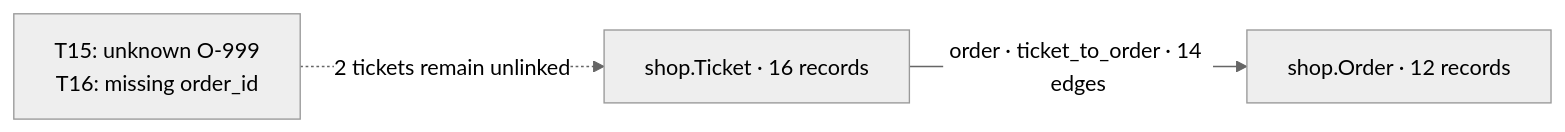
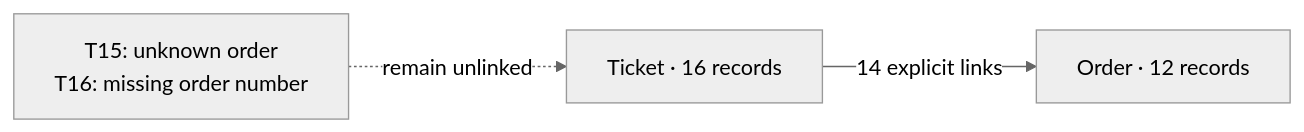
Before and after one commit to arch7tect/analytical-memory: the diagram in docs/getting-started.md, drawn with Mermaid (neutral theme). The commit also changed other lines of this file and 9 other files, not shown here.

````diff
--- a/docs/getting-started.md
+++ b/docs/getting-started.md
@@ -172,5 +116,5 @@
 ```mermaid
 flowchart LR
-  T["shop.Ticket · 16 records"] -->|"order · ticket_to_order · 14 edges"| O["shop.Order · 12 records"]
-  U["T15: unknown O-999<br/>T16: missing order_id"] -.->|"2 tickets remain unlinked"| T
+  T["Ticket · 16 records"] -->|"14 explicit links"| O["Order · 12 records"]
+  U["T15: unknown order<br/>T16: missing order number"] -.->|"remain unlinked"| T
 ```
````
